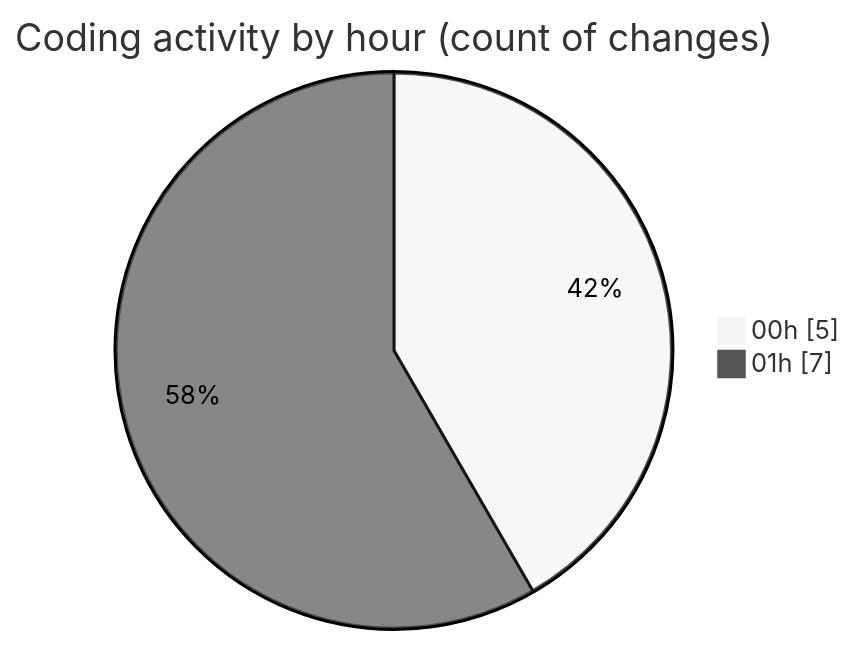
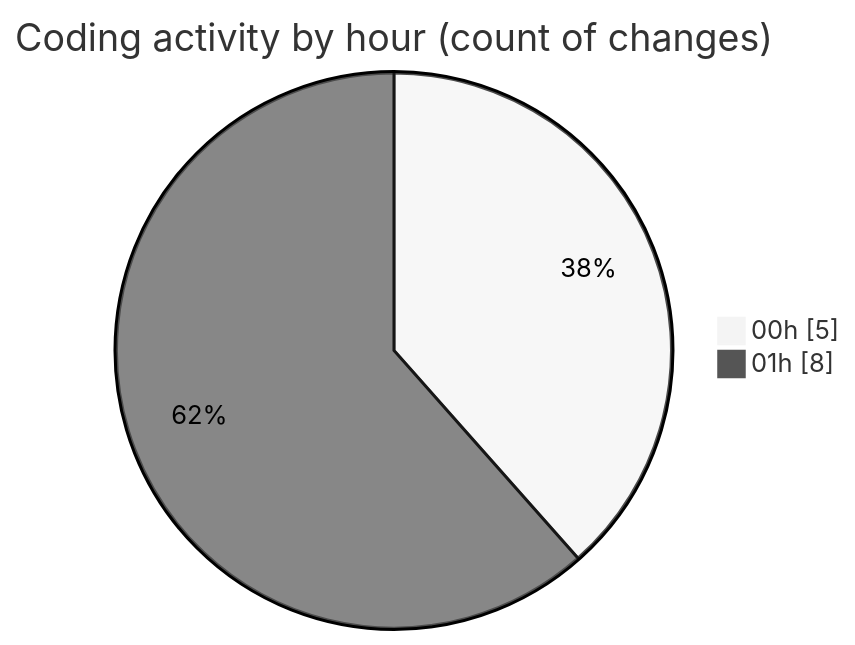
Before and after one commit to shibass792/code-tracking: the second of 2 diagrams in 2026-07-14/shibass-ai/README.md, drawn with Mermaid (neutral theme). The commit also changed other lines of this file and 1 other file, not shown here.

````diff
--- a/2026-07-14/shibass-ai/README.md
+++ b/2026-07-14/shibass-ai/README.md
@@ -35,6 +35,6 @@
 ```mermaid
 pie showData
 title Coding activity by hour (count of changes)
 "00h" : 5
-"01h" : 7
+"01h" : 8
 ```
````
